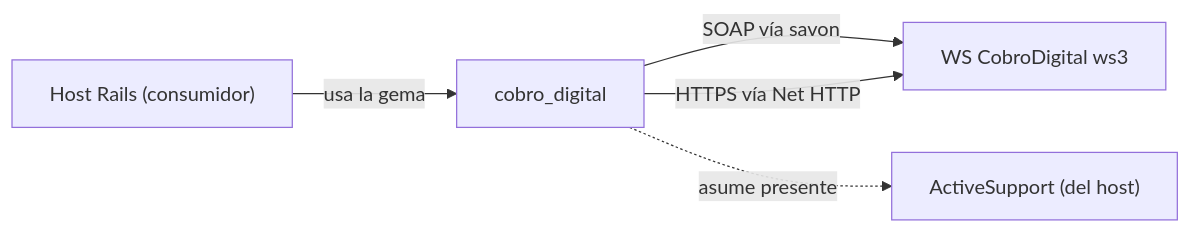
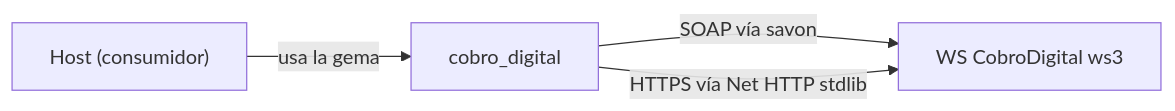
The diagram in docs/topology/topology.md (gedera/cobrodigital), drawn with Mermaid before and after one commit. The commit also changed other lines of this file and 10 other files, not shown here.

````diff
--- a/docs/topology/topology.md
+++ b/docs/topology/topology.md
@@ -21,7 +22,6 @@
 ```mermaid
 flowchart LR
-  Host["Host Rails (consumidor)"] -->|usa la gema| Gem["cobro_digital"]
+  Host["Host (consumidor)"] -->|usa la gema| Gem["cobro_digital"]
   Gem -->|SOAP vía savon| WS["WS CobroDigital ws3"]
-  Gem -->|HTTPS vía Net HTTP| WS
-  Gem -.->|asume presente| AS["ActiveSupport (del host)"]
+  Gem -->|HTTPS vía Net HTTP stdlib| WS
 ```
````
